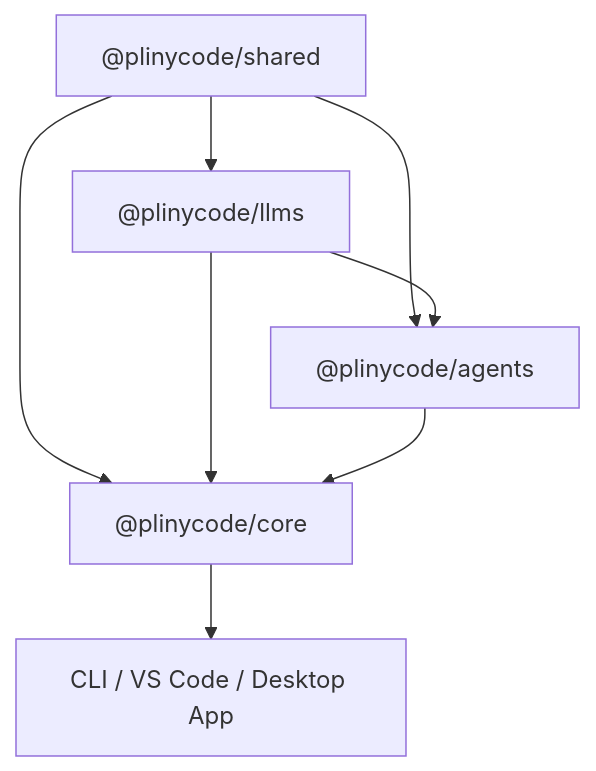
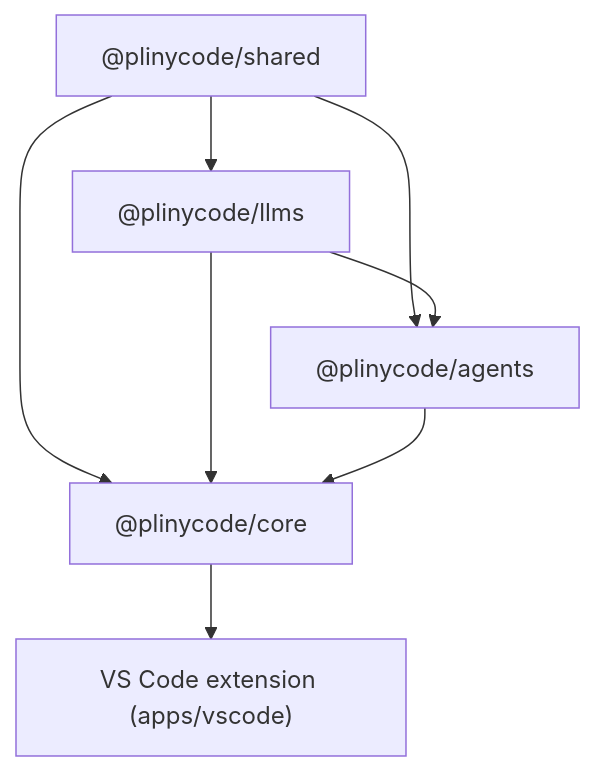
Before and after one commit to lgiaccar/PlinyCode: the diagram in sdk/AGENTS.md, drawn with Mermaid. The commit also changed other lines of this file and 4 other files, not shown here.

````diff
--- a/sdk/AGENTS.md
+++ b/sdk/AGENTS.md
@@ -28,7 +27,7 @@
 ```mermaid
 flowchart TD
   shared["@plinycode/shared"] --> llms["@plinycode/llms"] & agents["@plinycode/agents"] & core["@plinycode/core"]
   llms --> agents & core
   agents --> core
-  core --> apps["CLI / VS Code / Desktop App"]
+  core --> apps["VS Code extension (apps/vscode)"]
 ```
````
